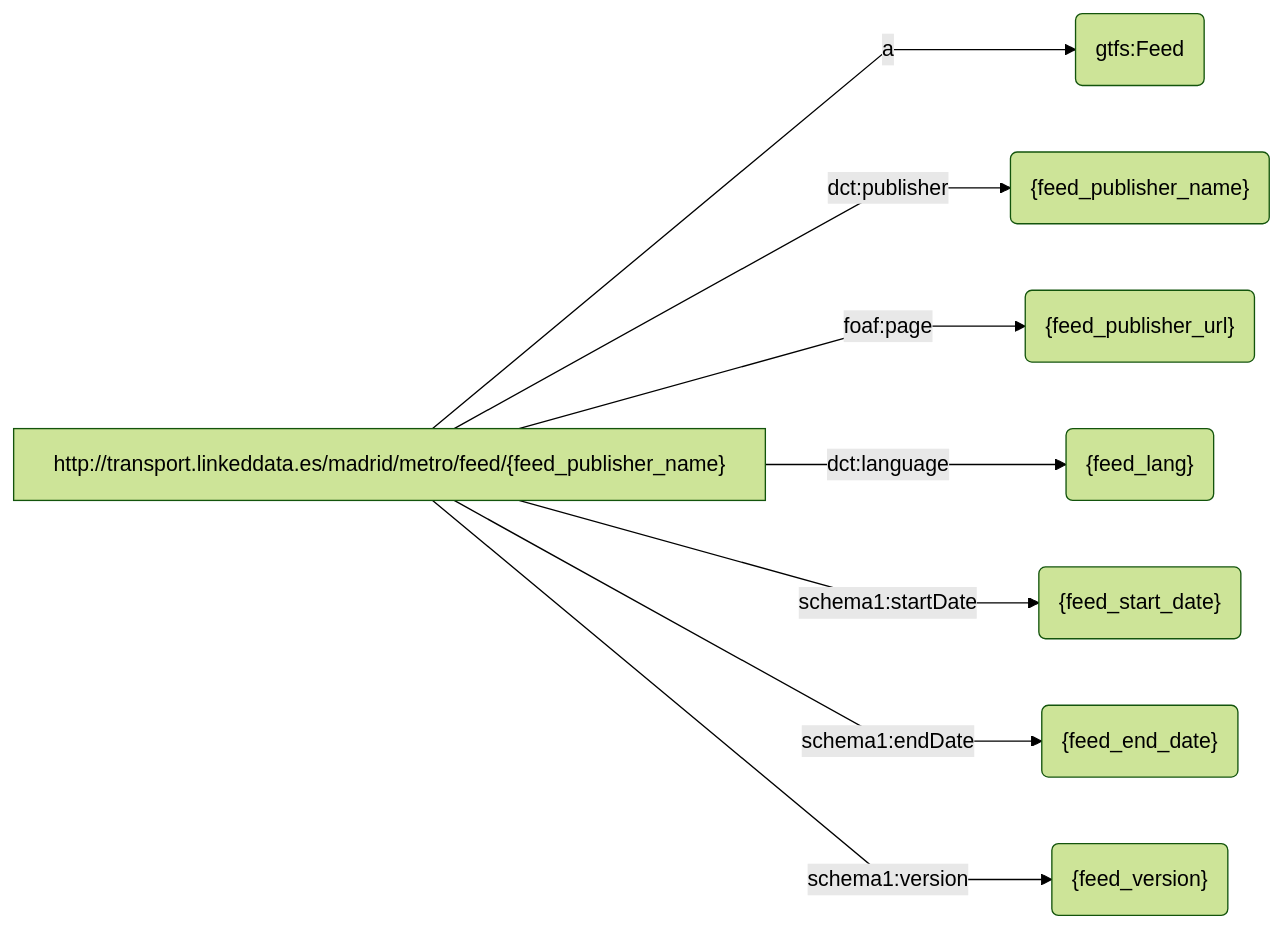
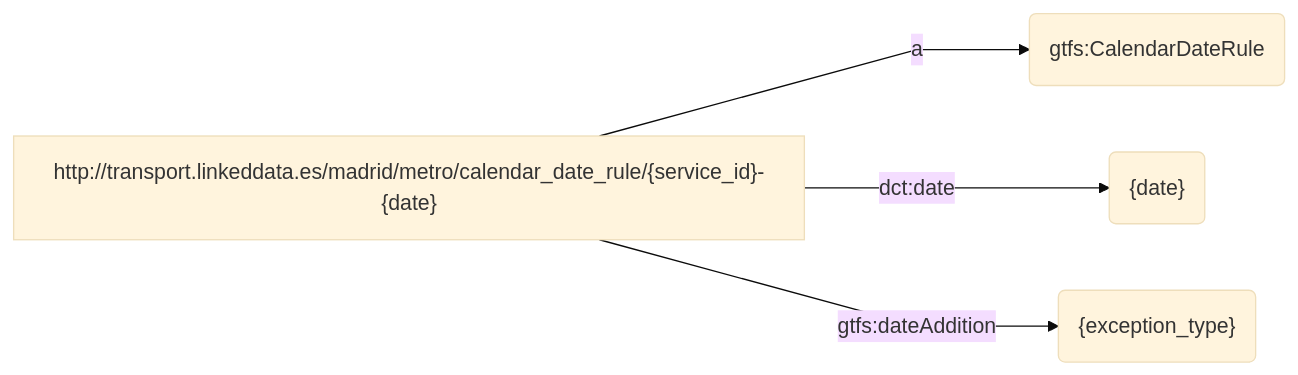
Diagram 12 of 25 in example/example.md (oeg-upm/rmldoc), drawn with Mermaid before and after one commit. The commit also changed other lines of this file and 2 other files, not shown here.

````diff
--- a/example/example.md
+++ b/example/example.md
@@ -323,12 +298,8 @@
 ```mermaid
-%%{ init : { "theme" : "forest", "flowchart" : { "curve" : "linear" }}}%%
+%%{ init : { "theme" : "base", "flowchart" : { "curve" : "linear" }}}%%
 flowchart LR
-S["http://transport.linkeddata.es/madrid/metro/feed/{feed_publisher_name}"] -->|"a"| object1("gtfs:Feed")
-S["http://transport.linkeddata.es/madrid/metro/feed/{feed_publisher_name}"] -->|"dct:publisher"| object2("{feed_publisher_name}")
-S["http://transport.linkeddata.es/madrid/metro/feed/{feed_publisher_name}"] -->|"foaf:page"| object3("{feed_publisher_url}")
-S["http://transport.linkeddata.es/madrid/metro/feed/{feed_publisher_name}"] -->|"dct:language"| object4("{feed_lang}")
-S["http://transport.linkeddata.es/madrid/metro/feed/{feed_publisher_name}"] -->|"schema1:startDate"| object5("{feed_start_date}")
-S["http://transport.linkeddata.es/madrid/metro/feed/{feed_publisher_name}"] -->|"schema1:endDate"| object6("{feed_end_date}")
-S["http://transport.linkeddata.es/madrid/metro/feed/{feed_publisher_name}"] -->|"schema1:version"| object7("{feed_version}")
+S["http://transport.linkeddata.es/madrid/metro/calendar_date_rule/{service_id}-{date}"] -->|"a"| object1("gtfs:CalendarDateRule")
+S["http://transport.linkeddata.es/madrid/metro/calendar_date_rule/{service_id}-{date}"] -->|"dct:date"| object2("{date}")
+S["http://transport.linkeddata.es/madrid/metro/calendar_date_rule/{service_id}-{date}"] -->|"gtfs:dateAddition"| object3("{exception_type}")
     
 ``` 
````
